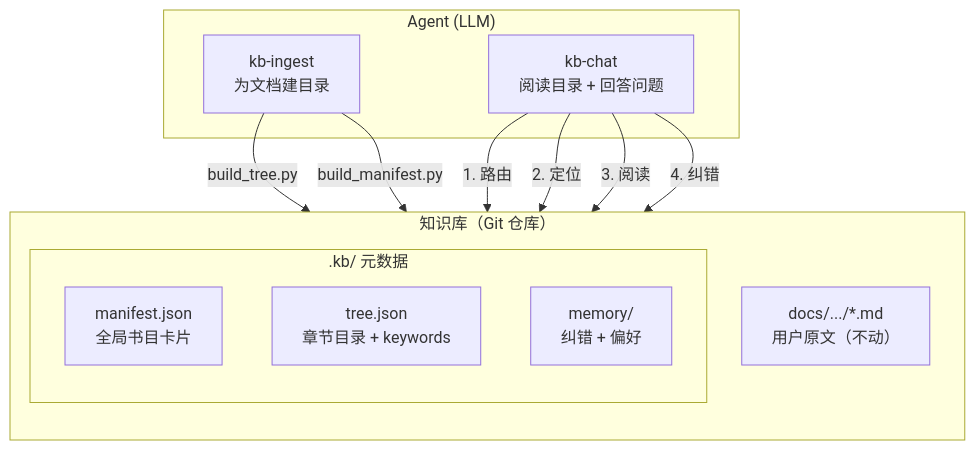
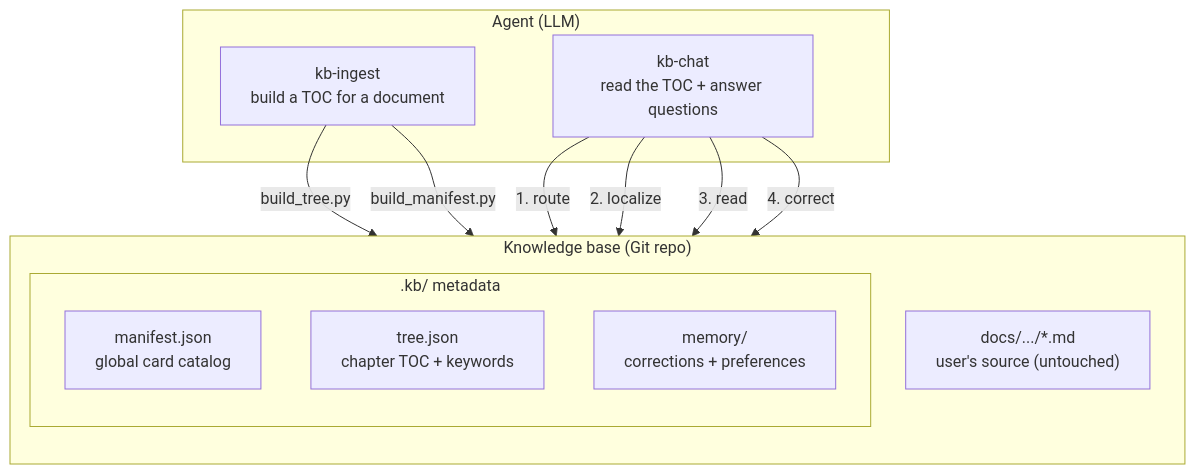
Before and after one commit to waylondev/kb-pilot: the second of 2 diagrams in README.md, drawn with Mermaid. The commit also changed other lines of this file and 2 other files, not shown here.

````diff
--- a/README.md
+++ b/README.md
@@ -106,24 +106,24 @@
 ```mermaid
 graph TB
     subgraph Agent["Agent (LLM)"]
-        INGEST["kb-ingest<br/>为文档建目录"]
-        CHAT["kb-chat<br/>阅读目录 + 回答问题"]
+        INGEST["kb-ingest<br/>build a TOC for a document"]
+        CHAT["kb-chat<br/>read the TOC + answer questions"]
     end
 
-    subgraph KB["知识库（Git 仓库）"]
+    subgraph KB["Knowledge base (Git repo)"]
         direction TB
-        subgraph Meta[".kb/ 元数据"]
-            MANIFEST["manifest.json<br/>全局书目卡片"]
-            TREE["tree.json<br/>章节目录 + keywords"]
-            MEMORY["memory/<br/>纠错 + 偏好"]
+        subgraph Meta[".kb/ metadata"]
+            MANIFEST["manifest.json<br/>global card catalog"]
+            TREE["tree.json<br/>chapter TOC + keywords"]
+            MEMORY["memory/<br/>corrections + preferences"]
         end
-        SOURCE["docs/.../*.md<br/>用户原文（不动）"]
+        SOURCE["docs/.../*.md<br/>user's source (untouched)"]
     end
 
     INGEST -->|"build_tree.py"| TREE
     INGEST -->|"build_manifest.py"| MANIFEST
-    CHAT -->|"1. 路由"| MANIFEST
-    CHAT -->|"2. 定位"| TREE
-    CHAT -->|"3. 阅读"| SOURCE
-    CHAT -->|"4. 纠错"| MEMORY
+    CHAT -->|"1. route"| MANIFEST
+    CHAT -->|"2. localize"| TREE
+    CHAT -->|"3. read"| SOURCE
+    CHAT -->|"4. correct"| MEMORY
 ```
````
